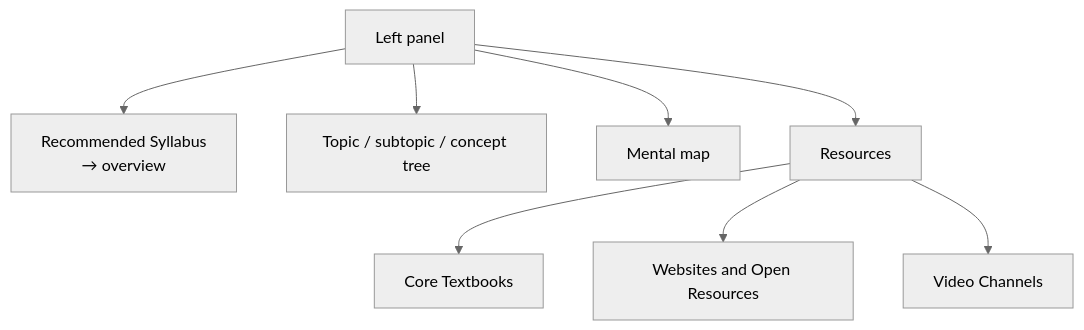
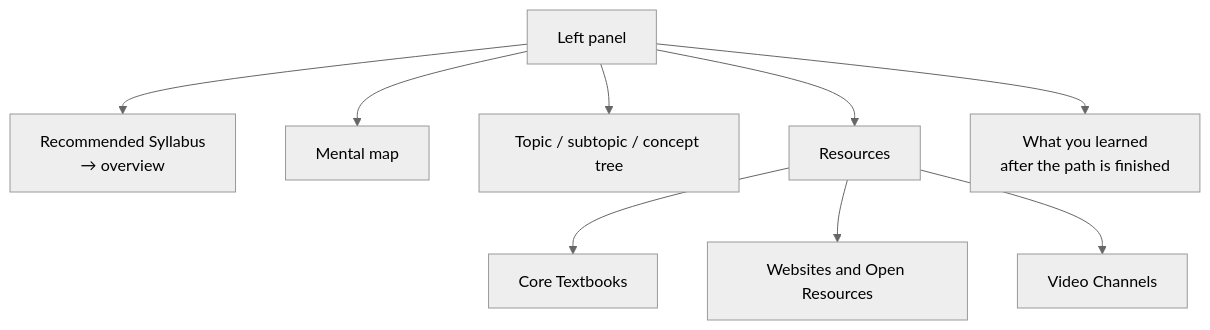
The second of 2 diagrams in docs/curated-courses.md (coursetexts/notion-site), drawn with Mermaid (neutral theme) before and after one commit. The commit also changed other lines of this file and 89 other files, not shown here.

````diff
--- a/docs/curated-courses.md
+++ b/docs/curated-courses.md
@@ -79,19 +79,21 @@
 ```mermaid
 flowchart TB
   Nav["Left panel"]
   Rec["Recommended Syllabus<br/>→ overview"]
+  MM["Mental map"]
   Tree["Topic / subtopic / concept tree"]
-  MM["Mental map"]
   Res["Resources"]
   TB["Core Textbooks"]
   Web["Websites and Open Resources"]
   YT["Video Channels"]
+  Learned["What you learned<br/>after the path is finished"]
 
   Nav --> Rec
+  Nav --> MM
   Nav --> Tree
-  Nav --> MM
   Nav --> Res
   Res --> TB
   Res --> Web
   Res --> YT
+  Nav --> Learned
 ```
````
